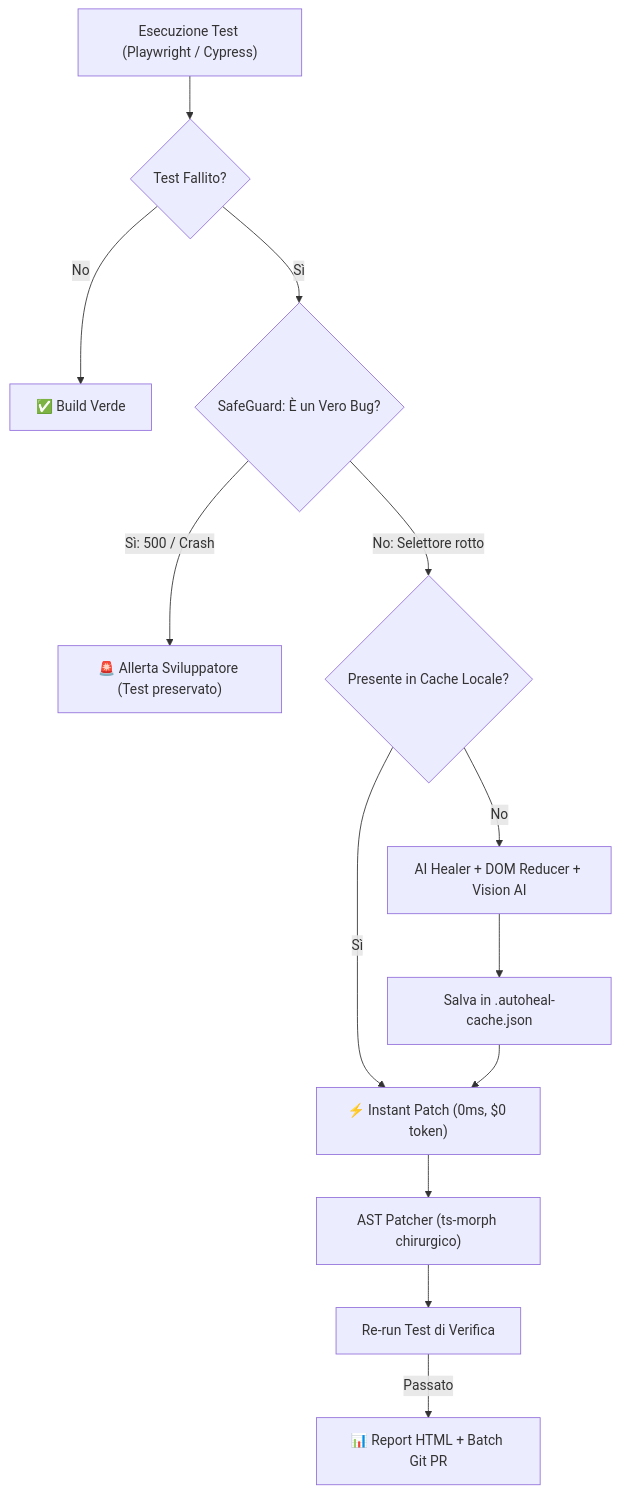
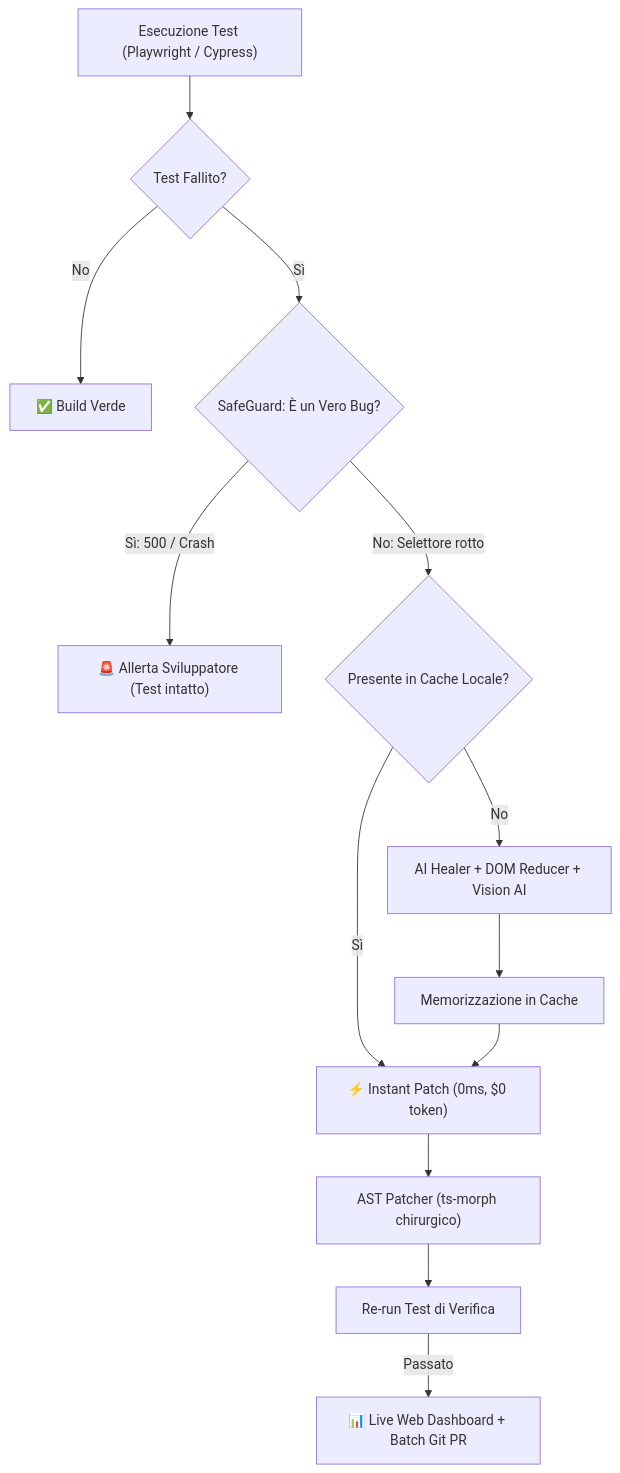
Before and after one commit to francaroscillidev-gif/autoheal: the diagram in README.md, drawn with Mermaid. The commit also changed other lines of this file and 7 other files, not shown here.

Commit message:
feat(v4.0): add Live Web Dashboard, Model Context Protocol (MCP) server, and smart config system

````diff
--- a/README.md
+++ b/README.md
@@ -37,15 +39,15 @@
 ```mermaid
 flowchart TD
     A["Esecuzione Test (Playwright / Cypress)"] --> B{"Test Fallito?"}
     B -- No --> C["✅ Build Verde"]
     B -- Sì --> D{"SafeGuard: È un Vero Bug?"}
-    D -- Sì: 500 / Crash --> E["🚨 Allerta Sviluppatore (Test preservato)"]
+    D -- Sì: 500 / Crash --> E["🚨 Allerta Sviluppatore (Test intatto)"]
     D -- No: Selettore rotto --> F{"Presente in Cache Locale?"}
     F -- Sì --> G["⚡ Instant Patch (0ms, $0 token)"]
     F -- No --> H["AI Healer + DOM Reducer + Vision AI"]
-    H --> I["Salva in .autoheal-cache.json"]
+    H --> I["Memorizzazione in Cache"]
     I --> G
     G --> J["AST Patcher (ts-morph chirurgico)"]
     J --> K["Re-run Test di Verifica"]
-    K -- Passato --> L["📊 Report HTML + Batch Git PR"]
+    K -- Passato --> L["📊 Live Web Dashboard + Batch Git PR"]
 ```
````
